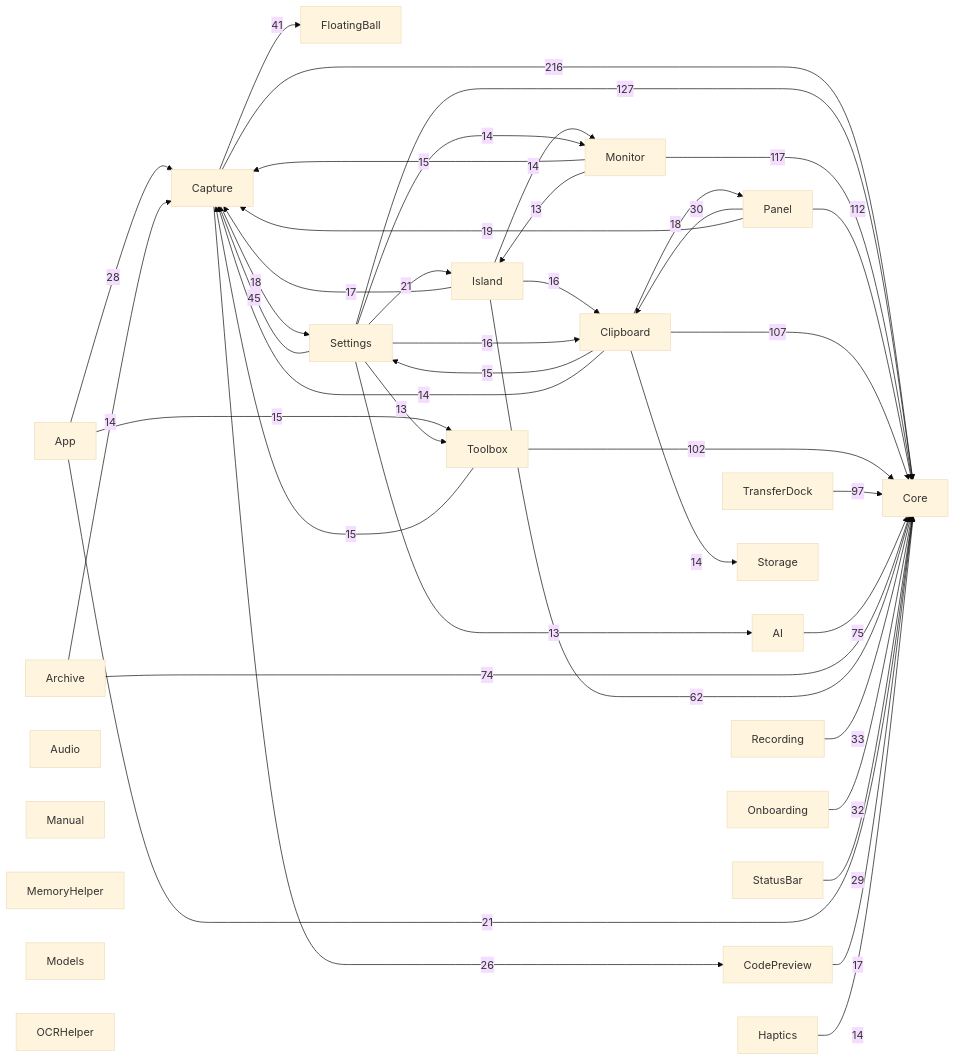
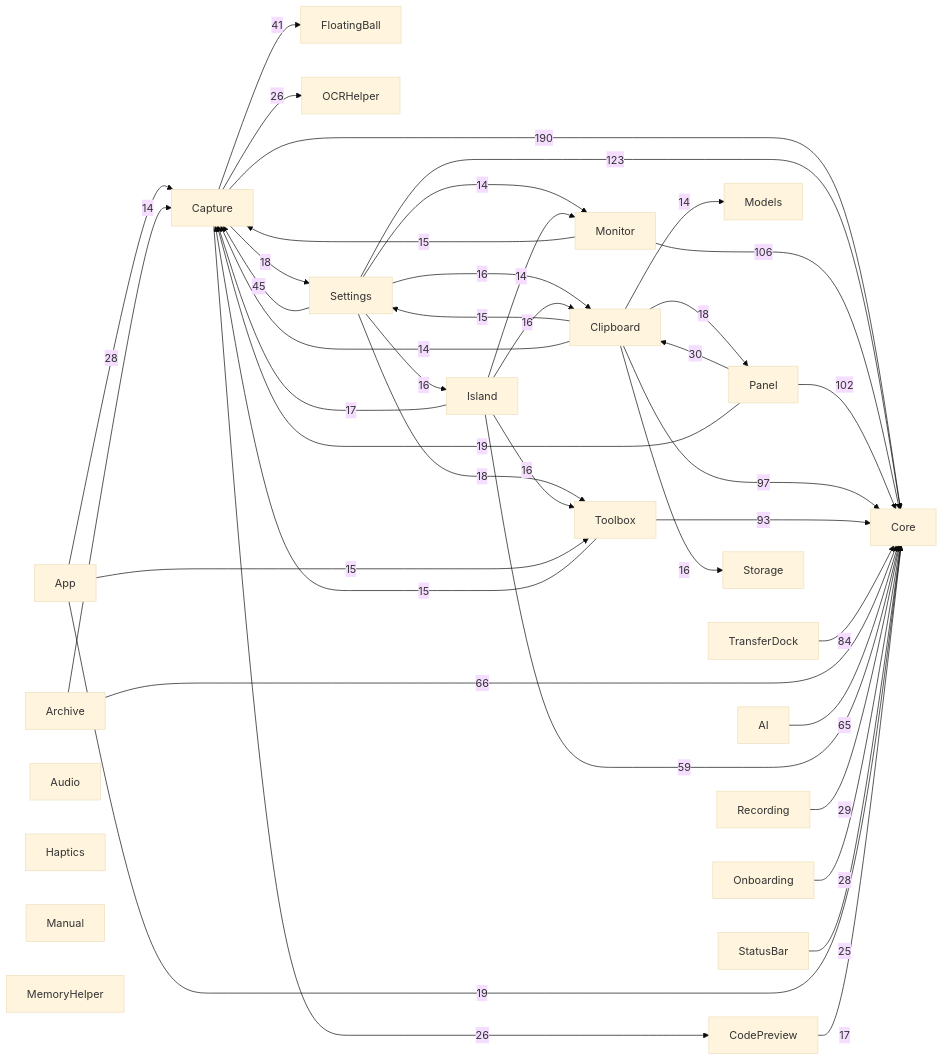
Before and after one commit to sxyq/Kitnest: the diagram in docs/00-总览/模块依赖图.md, drawn with Mermaid (base theme). The commit also changed other lines of this file and 13 other files, not shown here.

First line of the commit message:
feat(clipboard): 三栏工作台补侧栏计数/窄窗图标列/筛选返回栈，收藏历史回填，海豚自定义形象

````diff
--- a/docs/00-总览/模块依赖图.md
+++ b/docs/00-总览/模块依赖图.md
@@ -38,67 +38,67 @@
 ```mermaid
 flowchart LR
   M0["AI"]
   M1["App"]
   M2["Archive"]
   M3["Audio"]
   M4["Capture"]
   M5["Clipboard"]
   M6["CodePreview"]
   M7["Core"]
   M8["FloatingBall"]
   M9["Haptics"]
   M10["Island"]
   M11["Manual"]
   M12["MemoryHelper"]
   M13["Models"]
   M14["Monitor"]
   M15["OCRHelper"]
   M16["Onboarding"]
   M17["Panel"]
   M18["Recording"]
   M19["Settings"]
   M20["StatusBar"]
   M21["Storage"]
   M22["Toolbox"]
   M23["TransferDock"]
-  M4 -->|216| M7
-  M19 -->|127| M7
-  M14 -->|117| M7
-  M17 -->|112| M7
-  M5 -->|107| M7
-  M22 -->|102| M7
-  M23 -->|97| M7
-  M0 -->|75| M7
-  M2 -->|74| M7
-  M10 -->|62| M7
+  M4 -->|190| M7
+  M19 -->|123| M7
+  M14 -->|106| M7
+  M17 -->|102| M7
+  M5 -->|97| M7
+  M22 -->|93| M7
+  M23 -->|84| M7
+  M2 -->|66| M7
+  M0 -->|65| M7
+  M10 -->|59| M7
   M19 -->|45| M4
   M4 -->|41| M8
-  M18 -->|33| M7
-  M16 -->|32| M7
   M17 -->|30| M5
-  M20 -->|29| M7
+  M18 -->|29| M7
   M1 -->|28| M4
+  M16 -->|28| M7
+  M4 -->|26| M15
   M4 -->|26| M6
-  M1 -->|21| M7
-  M19 -->|21| M10
+  M20 -->|25| M7
+  M1 -->|19| M7
   M17 -->|19| M4
+  M19 -->|18| M22
   M4 -->|18| M19
   M5 -->|18| M17
   M6 -->|17| M7
   M10 -->|17| M4
+  M19 -->|16| M5
+  M19 -->|16| M10
+  M10 -->|16| M22
   M10 -->|16| M5
-  M19 -->|16| M5
+  M5 -->|16| M21
   M1 -->|15| M22
-  M5 -->|15| M19
   M14 -->|15| M4
   M22 -->|15| M4
+  M5 -->|15| M19
+  M19 -->|14| M14
   M2 -->|14| M4
+  M10 -->|14| M14
   M5 -->|14| M4
-  M5 -->|14| M21
-  M10 -->|14| M14
-  M19 -->|14| M14
-  M9 -->|14| M7
-  M14 -->|13| M10
-  M19 -->|13| M22
-  M19 -->|13| M0
+  M5 -->|14| M13
 ```
````
